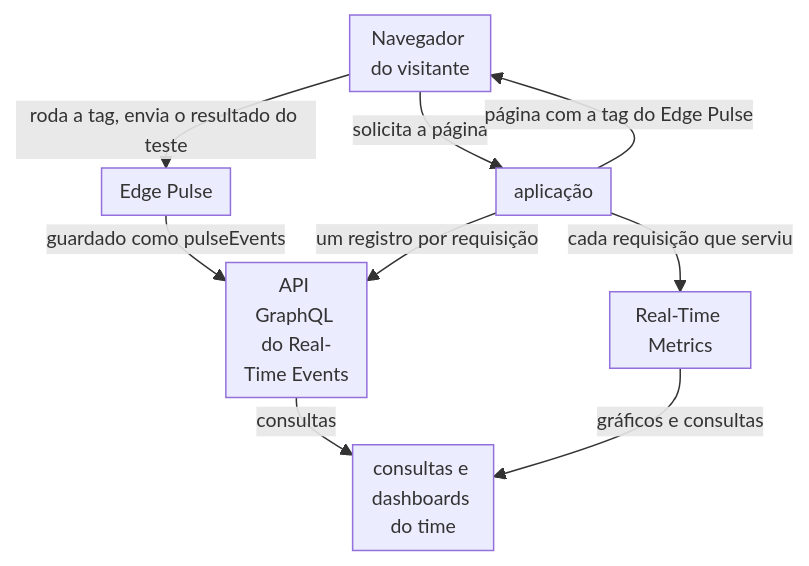
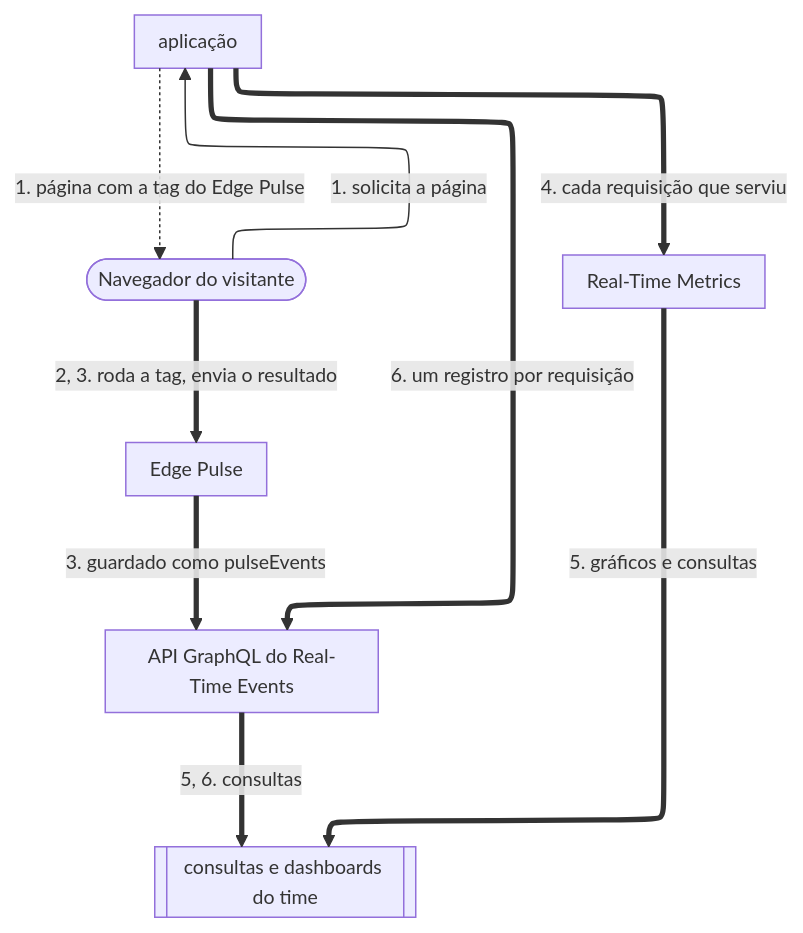
Before and after one commit to aziontech/docs: the first of 2 diagrams in apps/docs/src/content/docs/pt-br/pages/casos-de-uso/melhorar-performance-e-confiabilidade/monitorar-a-performance-de-sites-e-apis.mdx, drawn with Mermaid. The commit also changed other lines of this file and 55 other files, not shown here.

Commit message:
docs(use-cases): redraw the use-case diagrams with the way back and check their claims (#2509)

````diff
--- a/apps/docs/src/content/docs/pt-br/pages/casos-de-uso/melhorar-performance-e-confiabilidade/monitorar-a-performance-de-sites-e-apis.mdx
+++ b/apps/docs/src/content/docs/pt-br/pages/casos-de-uso/melhorar-performance-e-confiabilidade/monitorar-a-performance-de-sites-e-apis.mdx
@@ -40,12 +42,18 @@
 ```mermaid
-%%{init: {"layout": "dagre", "themeVariables": {"fontSize": "13px"}, "flowchart": {"nodeSpacing": 12, "rankSpacing": 12, "padding": 6, "wrappingWidth": 70, "minNodeWidth": 40, "useMaxWidth": true}}}%%
+%%{init: {"layout": "elk", "themeVariables": {"fontSize": "13px"}, "flowchart": {"nodeSpacing": 24, "rankSpacing": 36, "padding": 8, "wrappingWidth": 150, "useMaxWidth": true}, "sequence": {"width": 120, "actorMargin": 30, "useMaxWidth": true}}}%%
 flowchart TD
-  Visitor["Navegador do visitante"] -->|"solicita a página"| App["aplicação"]
-  App -->|"página com a tag do Edge Pulse"| Visitor
-  Visitor -->|"roda a tag, envia o resultado do teste"| Pulse["Edge Pulse"]
-  Pulse -->|"guardado como pulseEvents"| RTE["API GraphQL do Real-Time Events"]
-  App -->|"cada requisição que serviu"| RTM["Real-Time Metrics"]
-  App -->|"um registro por requisição"| RTE
-  RTE -->|"consultas"| Team["consultas e dashboards do time"]
-  RTM -->|"gráficos e consultas"| Team
+  Visitor(["Navegador do visitante"])
+  App["aplicação"]
+  Pulse["Edge Pulse"]
+  RTM["Real-Time Metrics"]
+  RTE["API GraphQL do Real-Time Events"]
+  Team[["consultas e dashboards do time"]]
+  Visitor -->|"1. solicita a página"| App
+  App -.->|"1. página com a tag do Edge Pulse"| Visitor
+  Visitor ==>|"2, 3. roda a tag, envia o resultado"| Pulse
+  Pulse ==>|"3. guardado como pulseEvents"| RTE
+  App ==>|"4. cada requisição que serviu"| RTM
+  App ==>|"6. um registro por requisição"| RTE
+  RTE ==>|"5, 6. consultas"| Team
+  RTM ==>|"5. gráficos e consultas"| Team
 ```
````
